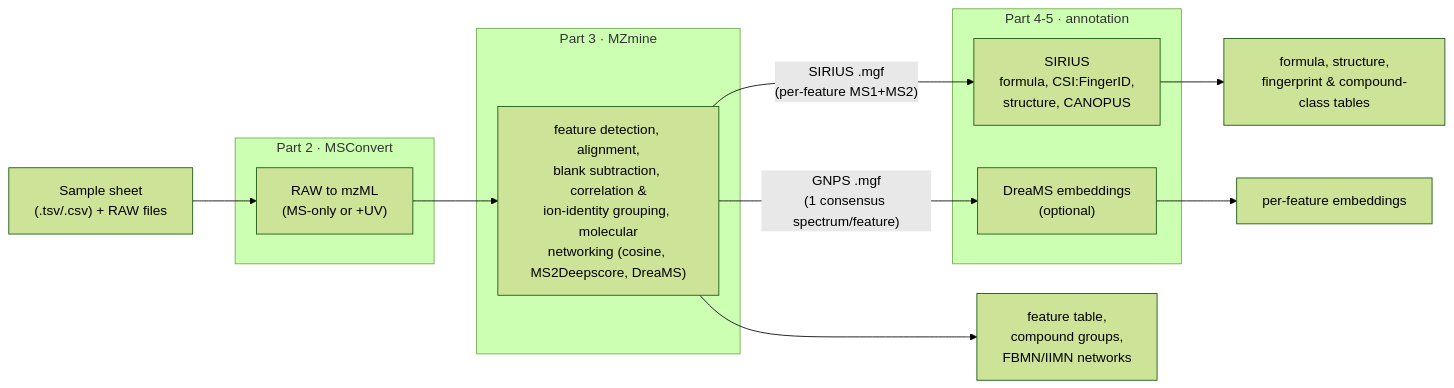
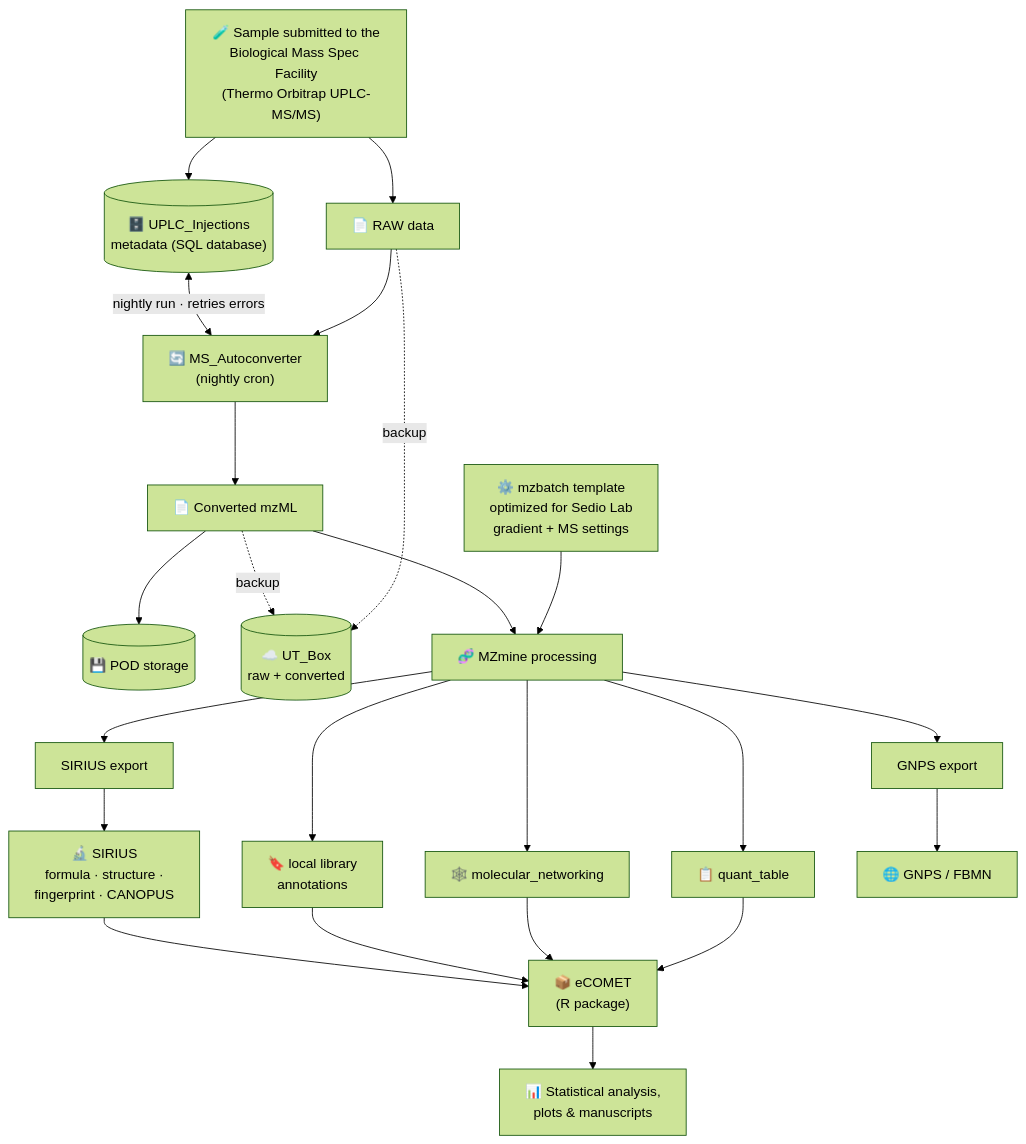
One commit to dale-forrister/UT_Metabolomics_Pipeline changed the diagram in README.md. Above: the diagram before and after it, drawn with Mermaid (forest theme). The commit also changed other lines of this file, not shown here.

First line of the commit message:
README: add author + UT core facilities, Orbitrap note, expanded diagram

````diff
--- a/README.md
+++ b/README.md
@@ -15,22 +29,30 @@
 ```mermaid
-flowchart LR
-    M["Sample sheet<br/>(.tsv/.csv) + RAW files"] --> C
+flowchart TB
+    SAMPLE["🧪 Sample submitted to the<br/>Biological Mass Spec Facility<br/>(Thermo Orbitrap UPLC-MS/MS)"]
+    SAMPLE --> RAW["📄 RAW data"]
+    SAMPLE --> INJ[("🗄️ UPLC_Injections<br/>metadata (SQL database)")]
 
-    subgraph P2 ["Part 2 · MSConvert"]
-        C["RAW to mzML<br/>(MS-only or +UV)"]
-    end
-    subgraph P3 ["Part 3 · MZmine"]
-        F["feature detection, alignment,<br/>blank subtraction, correlation &<br/>ion-identity grouping, molecular<br/>networking (cosine, MS2Deepscore, DreaMS)"]
-    end
-    subgraph P45 ["Part 4-5 · annotation"]
-        S["SIRIUS<br/>formula, CSI:FingerID,<br/>structure, CANOPUS"]
-        D["DreaMS embeddings<br/>(optional)"]
-    end
+    RAW --> AUTO["🔄 MS_Autoconverter<br/>(nightly cron)"]
+    INJ <-->|"nightly run · retries errors"| AUTO
+    AUTO --> MZML["📄 Converted mzML"]
+    MZML --> POD[("💾 POD storage")]
+    RAW -. backup .-> BOX[("☁️ UT_Box<br/>raw + converted")]
+    MZML -. backup .-> BOX
 
-    C --> F
-    F -->|"SIRIUS .mgf<br/>(per-feature MS1+MS2)"| S
-    F -->|"GNPS .mgf<br/>(1 consensus spectrum/feature)"| D
-    F --> O1["feature table,<br/>compound groups,<br/>FBMN/IIMN networks"]
-    S --> O2["formula, structure,<br/>fingerprint & compound-class tables"]
-    D --> O3["per-feature embeddings"]
+    TPL["⚙️ mzbatch template<br/>optimized for Sedio Lab<br/>gradient + MS settings"] --> MZ
+    MZML --> MZ["🧬 MZmine processing"]
+    MZ --> QT["📋 quant_table"]
+    MZ --> MN["🕸️ molecular_networking"]
+    MZ --> GX["GNPS export"]
+    MZ --> SX["SIRIUS export"]
+    MZ --> LIB["🔖 local library<br/>annotations"]
+
+    SX --> SIRIUS["🔬 SIRIUS<br/>formula · structure ·<br/>fingerprint · CANOPUS"]
+    GX --> GNPS["🌐 GNPS / FBMN"]
+
+    QT --> ECO["📦 eCOMET<br/>(R package)"]
+    MN --> ECO
+    LIB --> ECO
+    SIRIUS --> ECO
+    ECO --> FINAL["📊 Statistical analysis,<br/>plots & manuscripts"]
 ```
````
